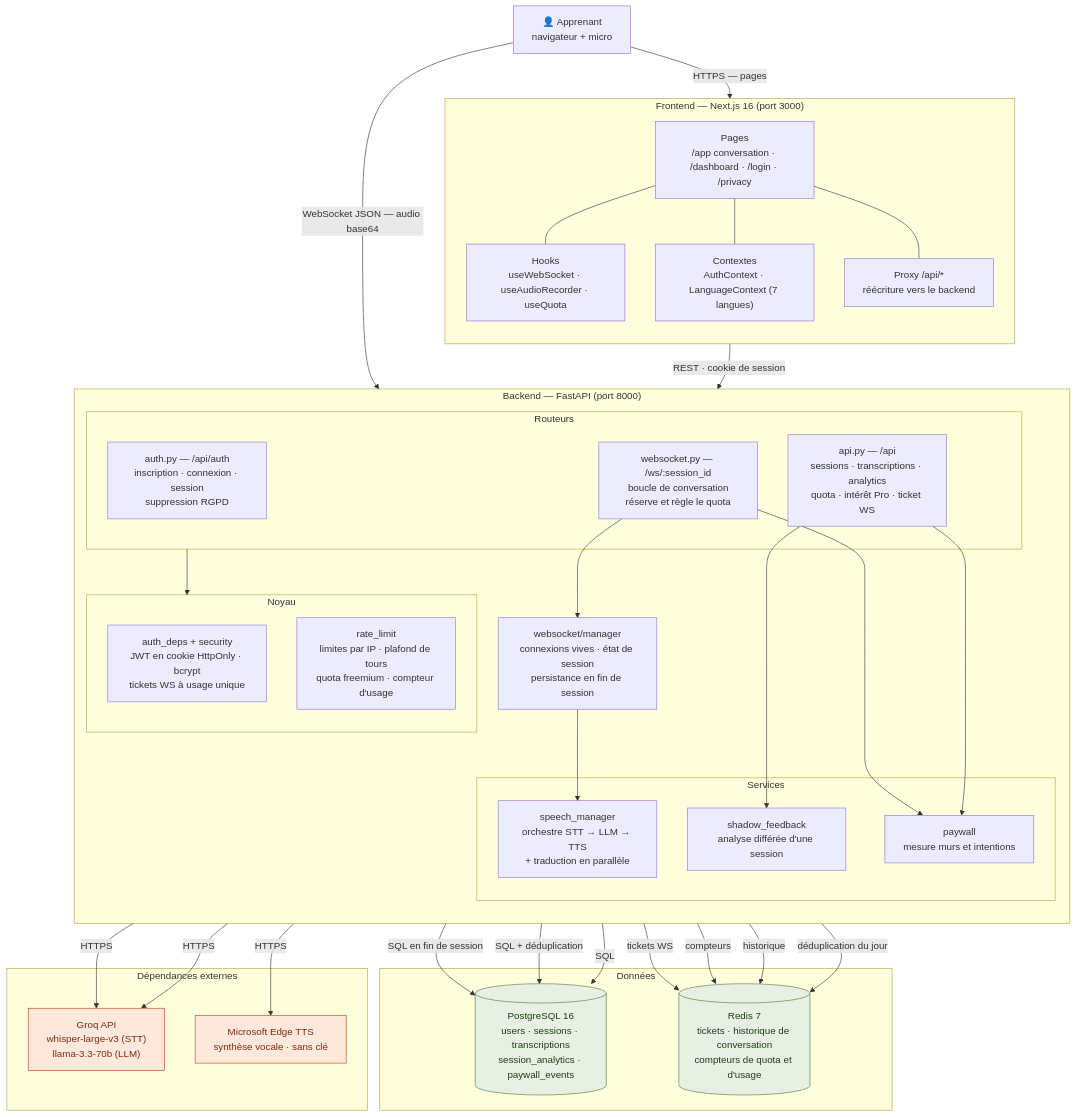
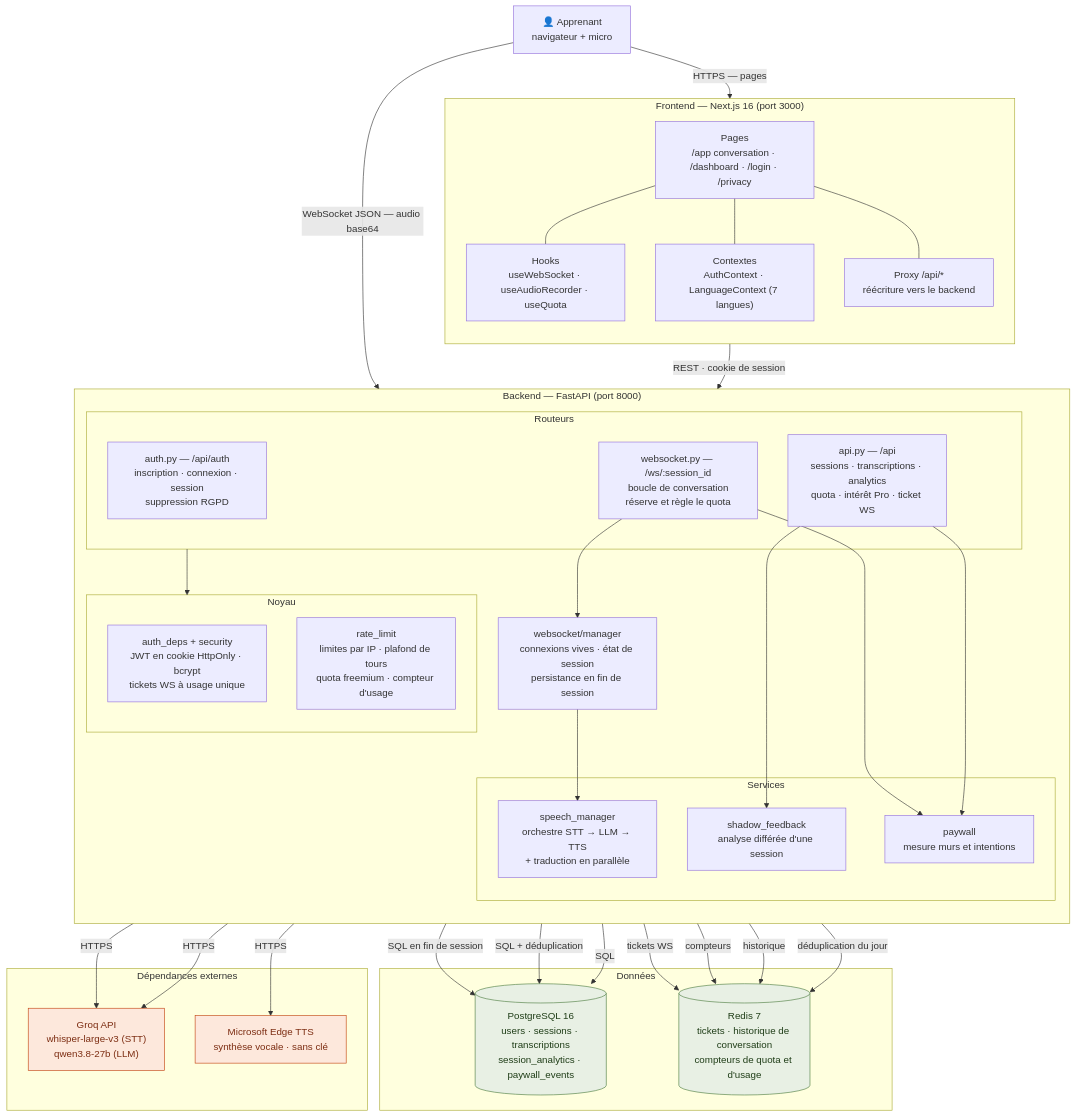
One commit to sa3dev/takalam changed the first of 2 diagrams in ARCHITECTURE.md. Above: the diagram before and after it, drawn with Mermaid. The commit also changed other lines of this file and 10 other files, not shown here.

````diff
--- a/ARCHITECTURE.md
+++ b/ARCHITECTURE.md
@@ -8,75 +8,75 @@
 ```mermaid
 flowchart TB
     User["👤 Apprenant<br/>navigateur + micro"]
 
     subgraph Front["Frontend — Next.js 16 (port 3000)"]
         direction TB
         Pages["Pages<br/>/app conversation · /dashboard · /login · /privacy"]
         Hooks["Hooks<br/>useWebSocket · useAudioRecorder · useQuota"]
         Ctx["Contextes<br/>AuthContext · LanguageContext (7 langues)"]
         Proxy["Proxy /api/*<br/>réécriture vers le backend"]
         Pages --- Hooks
         Pages --- Ctx
         Pages --- Proxy
     end
 
     subgraph Back["Backend — FastAPI (port 8000)"]
         direction TB
 
         subgraph Routes["Routeurs"]
             AuthR["auth.py — /api/auth<br/>inscription · connexion · session<br/>suppression RGPD"]
             ApiR["api.py — /api<br/>sessions · transcriptions · analytics<br/>quota · intérêt Pro · ticket WS"]
             WsR["websocket.py — /ws/:session_id<br/>boucle de conversation<br/>réserve et règle le quota"]
         end
 
         subgraph Core["Noyau"]
             Auth["auth_deps + security<br/>JWT en cookie HttpOnly · bcrypt<br/>tickets WS à usage unique"]
             RL["rate_limit<br/>limites par IP · plafond de tours<br/>quota freemium · compteur d'usage"]
         end
 
         subgraph Svc["Services"]
             Speech["speech_manager<br/>orchestre STT → LLM → TTS<br/>+ traduction en parallèle"]
             Shadow["shadow_feedback<br/>analyse différée d'une session"]
             Pay["paywall<br/>mesure murs et intentions"]
         end
 
         WsMgr["websocket/manager<br/>connexions vives · état de session<br/>persistance en fin de session"]
 
         Routes --> Core
         WsR --> WsMgr
         WsMgr --> Speech
         ApiR --> Shadow
         WsR --> Pay
         ApiR --> Pay
     end
 
     subgraph Data["Données"]
         PG[("PostgreSQL 16<br/>users · sessions · transcriptions<br/>session_analytics · paywall_events")]
         RD[("Redis 7<br/>tickets · historique de conversation<br/>compteurs de quota et d'usage")]
     end
 
     subgraph Ext["Dépendances externes"]
-        Groq["Groq API<br/>whisper-large-v3 (STT)<br/>llama-3.3-70b (LLM)"]
+        Groq["Groq API<br/>whisper-large-v3 (STT)<br/>qwen3.8-27b (LLM)"]
         Edge["Microsoft Edge TTS<br/>synthèse vocale · sans clé"]
     end
 
     User -->|"HTTPS — pages"| Pages
     User -->|"WebSocket JSON — audio base64"| WsR
     Proxy -->|"REST · cookie de session"| Routes
 
     Auth -->|"tickets WS"| RD
     RL -->|"compteurs"| RD
     Routes -->|"SQL"| PG
     WsMgr -->|"historique"| RD
     WsMgr -->|"SQL en fin de session"| PG
     Pay -->|"SQL + déduplication"| PG
     Pay -->|"déduplication du jour"| RD
     Shadow -->|"HTTPS"| Groq
     Speech -->|"HTTPS"| Groq
     Speech -->|"HTTPS"| Edge
 
     classDef ext fill:#fde8dc,stroke:#c2410c,color:#7c2d12
     classDef store fill:#e8f0e4,stroke:#4d7c3f,color:#1f3d17
     class Groq,Edge ext
     class PG,RD store
 ```
````
